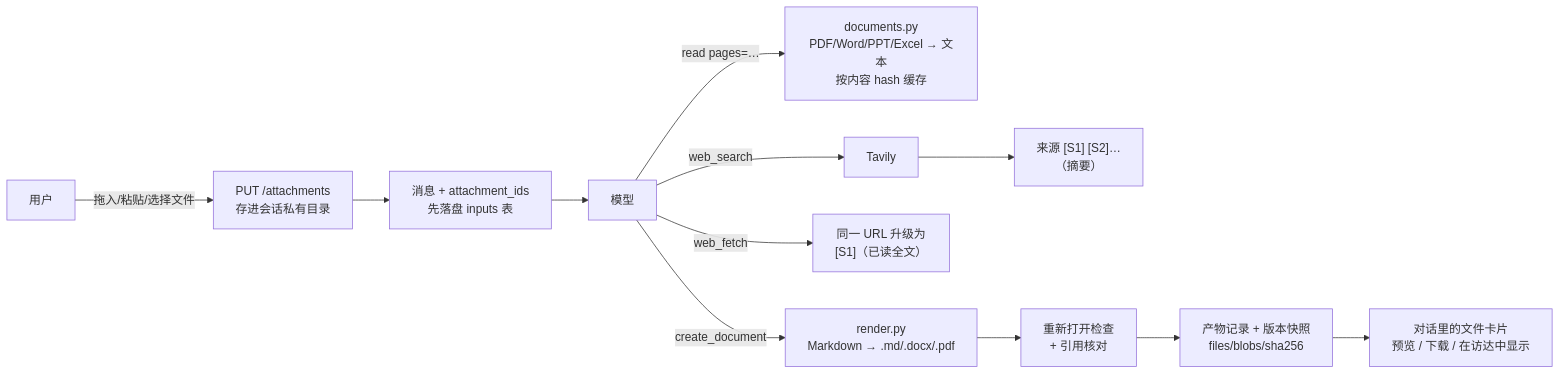
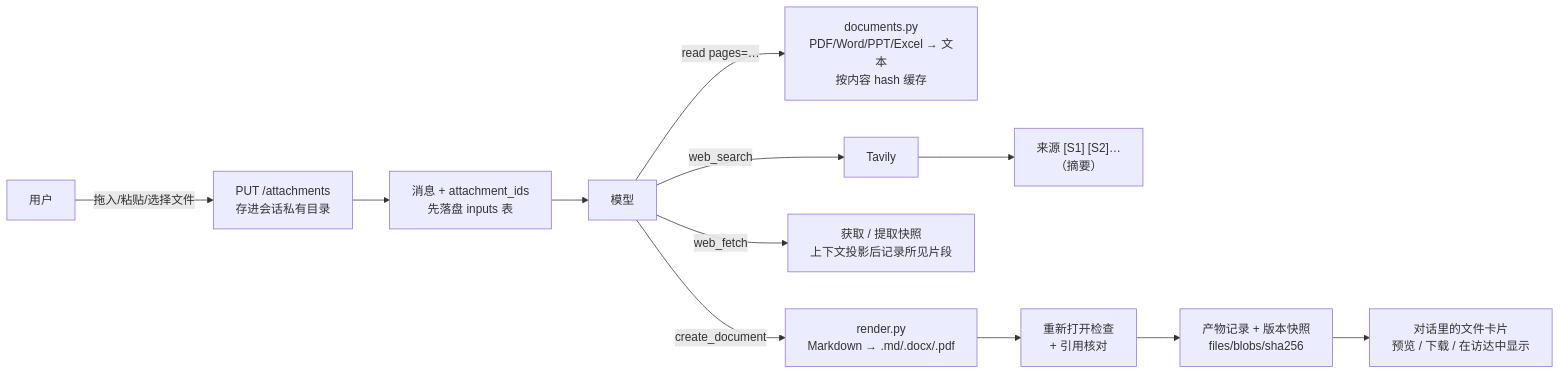
The first of 2 diagrams in docs/tutorial/14-文件与调研.md (ranyuzhou654/OpenWorkBuddy), drawn with Mermaid before and after one commit. The commit also changed other lines of this file and 410 other files, not shown here.

````diff
--- a/docs/tutorial/14-文件与调研.md
+++ b/docs/tutorial/14-文件与调研.md
@@ -23,13 +23,13 @@
 ```mermaid
 flowchart LR
     U[用户] -- 拖入/粘贴/选择文件 --> UP[PUT /attachments<br/>存进会话私有目录]
     UP --> MSG[消息 + attachment_ids<br/>先落盘 inputs 表]
     MSG --> M[模型]
     M -- read pages=… --> DOC[documents.py<br/>PDF/Word/PPT/Excel → 文本<br/>按内容 hash 缓存]
     M -- web_search --> TV[Tavily] --> SRC["来源 [S1] [S2]…<br/>（摘要）"]
-    M -- web_fetch --> SRC2["同一 URL 升级为<br/>[S1]（已读全文）"]
+    M -- web_fetch --> SRC2["获取 / 提取快照<br/>上下文投影后记录所见片段"]
     M -- create_document --> R[render.py<br/>Markdown → .md/.docx/.pdf]
     R --> CHK[重新打开检查<br/>+ 引用核对]
     CHK --> ART[产物记录 + 版本快照<br/>files/blobs/sha256]
     ART --> UI[对话里的文件卡片<br/>预览 / 下载 / 在访达中显示]
 ```
````
